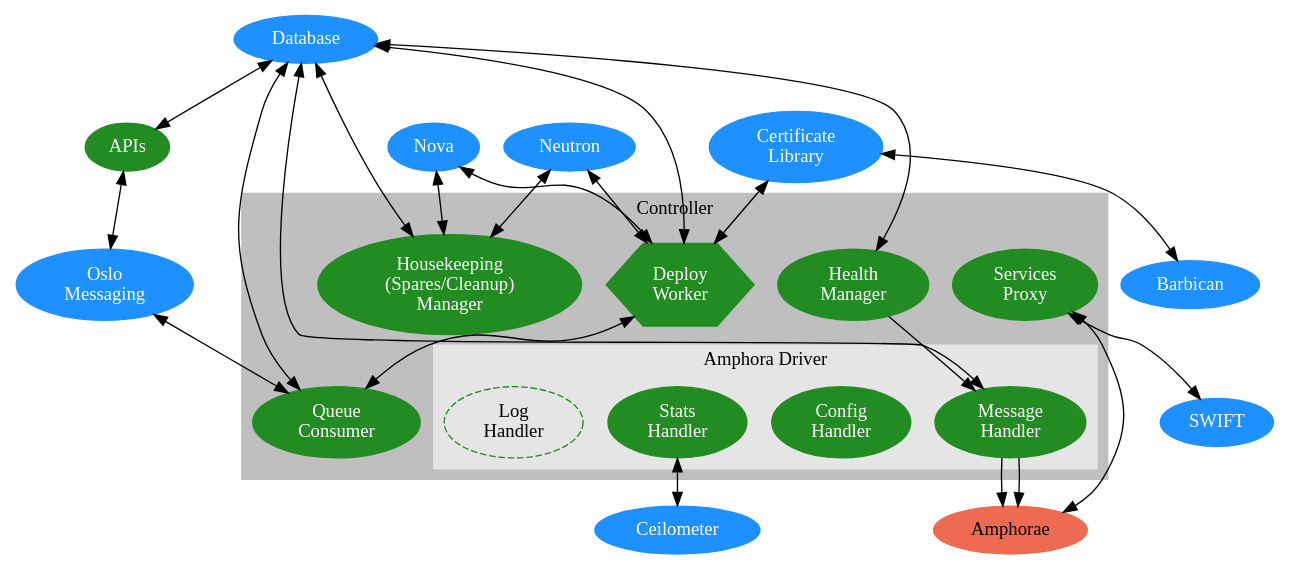
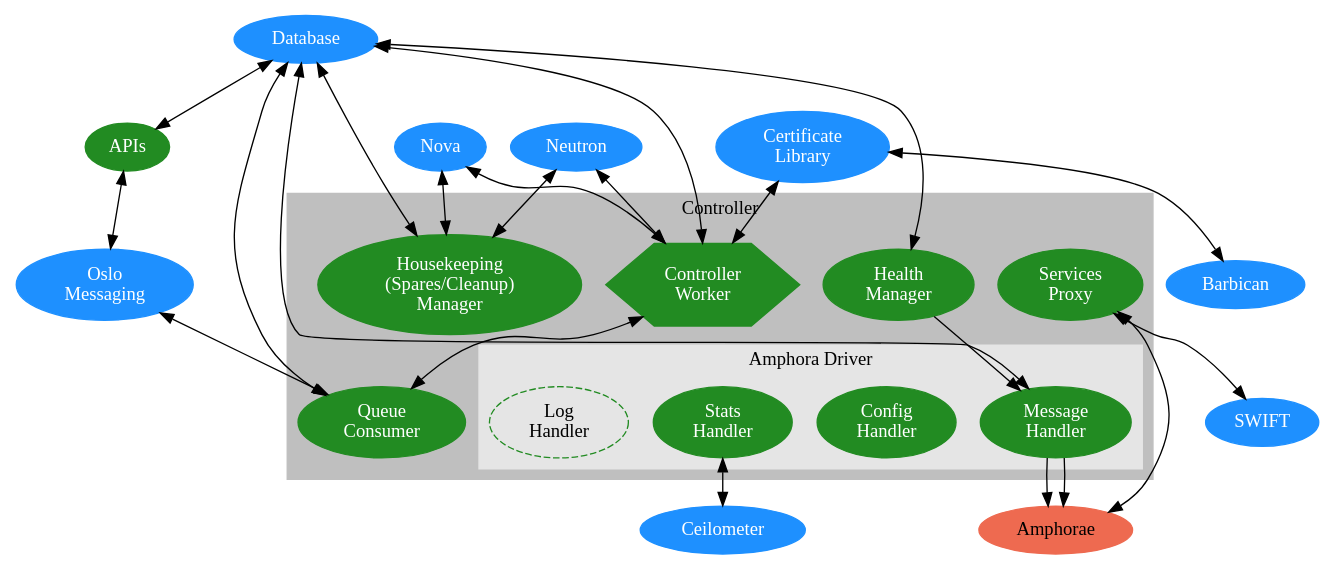
The diagram in specs/version0.5/controller.dot (openstack/octavia), drawn with Graphviz before and after one commit. The commit also changed 3 other files, not shown here.

First line of the commit message:
Octavia Controller Worker specification

```diff
--- a/specs/version0.5/controller.dot
+++ b/specs/version0.5/controller.dot
@@ -1,82 +1,82 @@
 /*
  * Copyright 2014 Hewlett-Packard Development Company, L.P.
  *
  * Licensed under the Apache License, Version 2.0 (the "License"); you may
  * not use this file except in compliance with the License. You may obtain
  * a copy of the License at
  *
  * http://www.apache.org/licenses/LICENSE-2.0
  *
  * Unless required by applicable law or agreed to in writing, software
  * distributed under the License is distributed on an "AS IS" BASIS, WITHOUT
  * WARRANTIES OR CONDITIONS OF ANY KIND, either express or implied. See the
  * License for the specific language governing permissions and limitations
  * under the License.
 */
 digraph G {
 
 
    subgraph cluster0 {
       style=filled;
       color=gray75;
 
 
       label = "Controller";
 
 
       queue [label="Queue\nConsumer", fontcolor=white, color=forestgreen, style=filled];
       health [label="Health\nManager", fontcolor=white, color=forestgreen, style=filled];
       house [label="Housekeeping\n(Spares/Cleanup)\nManager", fontcolor=white, color=forestgreen, style=filled];
-      deploy [label="Deploy\nWorker", fontcolor=white, color=forestgreen, style=filled, shape=hexagon];
+      ctrl [label="Controller\nWorker", fontcolor=white, color=forestgreen, style=filled, shape=hexagon];
       proxy [label="Services\nProxy", fontcolor=white, color=forestgreen, style=filled];
 
 
       subgraph cluster1 {
          style=filled;
          color=gray90;
          fontcolor=black;
 
 
          label = "Amphora Driver";
          msg [label="Message\nHandler", fontcolor=white, color=forestgreen, style=filled];
          config [label="Config\nHandler", fontcolor=white, color=forestgreen, style=filled];
          stats [label="Stats\nHandler", fontcolor=white, color=forestgreen, style=filled];
          log [label="Log\nHandler", fontcolor=black, color=forestgreen, style=dashed];
       }
 
 
       health -> msg;
    }
 
 
    db [label="Database", fontcolor=white, color=dodgerblue, style=filled];
    api [label="APIs", fontcolor=white, color=forestgreen, style=filled];
    oslo [label="Oslo\nMessaging", fontcolor=white, color=dodgerblue, style=filled];
    nova [label="Nova", fontcolor=white, color=dodgerblue, style=filled];
    neutron [label="Neutron", fontcolor=white, color=dodgerblue, style=filled];
    cert [label="Certificate\nLibrary", fontcolor=white, color=dodgerblue, style=filled];
    bbq [label="Barbican", fontcolor=white, color=dodgerblue, style=filled];
    swift [label="SWIFT", fontcolor=white, color=dodgerblue, style=filled];
    ceilo [label="Ceilometer", fontcolor=white, color=dodgerblue, style=filled];
    amp [label="Amphorae", fontcolor=black, color=coral2, style=filled];
 
 
-   deploy -> queue [dir="both"];
+   ctrl -> queue [dir="both"];
    db -> api -> oslo -> queue [dir="both"];
-   db -> deploy [dir="both"];
+   db -> ctrl [dir="both"];
    db -> queue [dir="both"];
    db -> health [dir="both"];
    db -> house [dir="both"];
    db -> msg [dir="both"];
-   nova -> deploy [dir="both"];
+   nova -> ctrl [dir="both"];
    nova -> house [dir="both"];
-   neutron -> deploy [dir="both"];
+   neutron -> ctrl [dir="both"];
    neutron -> house [dir="both"];
    proxy -> swift [dir="both"];
    proxy -> amp [dir="both"];
-   cert -> deploy [dir="both"];
+   cert -> ctrl [dir="both"];
    cert -> bbq [dir="both"];
    stats -> ceilo [dir="both"];
    msg -> amp [ltail=cluster1];
    msg -> amp [ltail=cluster1];
 }
```
